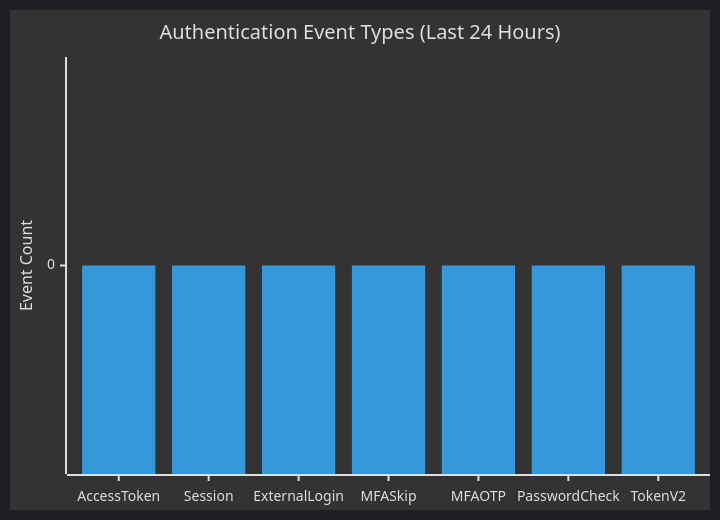
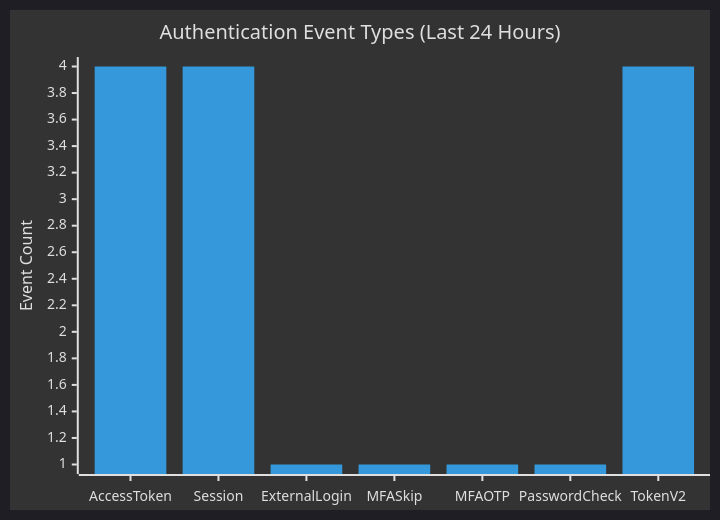
Before and after one commit to xlp0/LandingPage: the third of 5 diagrams in daily-reports/zitadel_report.md, drawn with Mermaid. The commit also changed other lines of this file and 5 other files, not shown here.

First line of the commit message:
Feature: Add ZITADEL Markdown report generation with hourly Mermaid.js visualizations

````diff
--- a/daily-reports/zitadel_report.md
+++ b/daily-reports/zitadel_report.md
@@ -36,8 +36,8 @@
 ```mermaid
 %%{init: {'theme':'dark'}}%%
 xychart-beta
     title "Authentication Event Types (Last 24 Hours)"
     x-axis [Access Token, Session, External Login, MFA Skip, MFA OTP, Password Check, Token V2]
     y-axis "Event Count"
-    bar [0, 0, 0, 0, 0, 0, 0]
+    bar [4, 4, 1, 1, 1, 1, 4]
 ```
````
